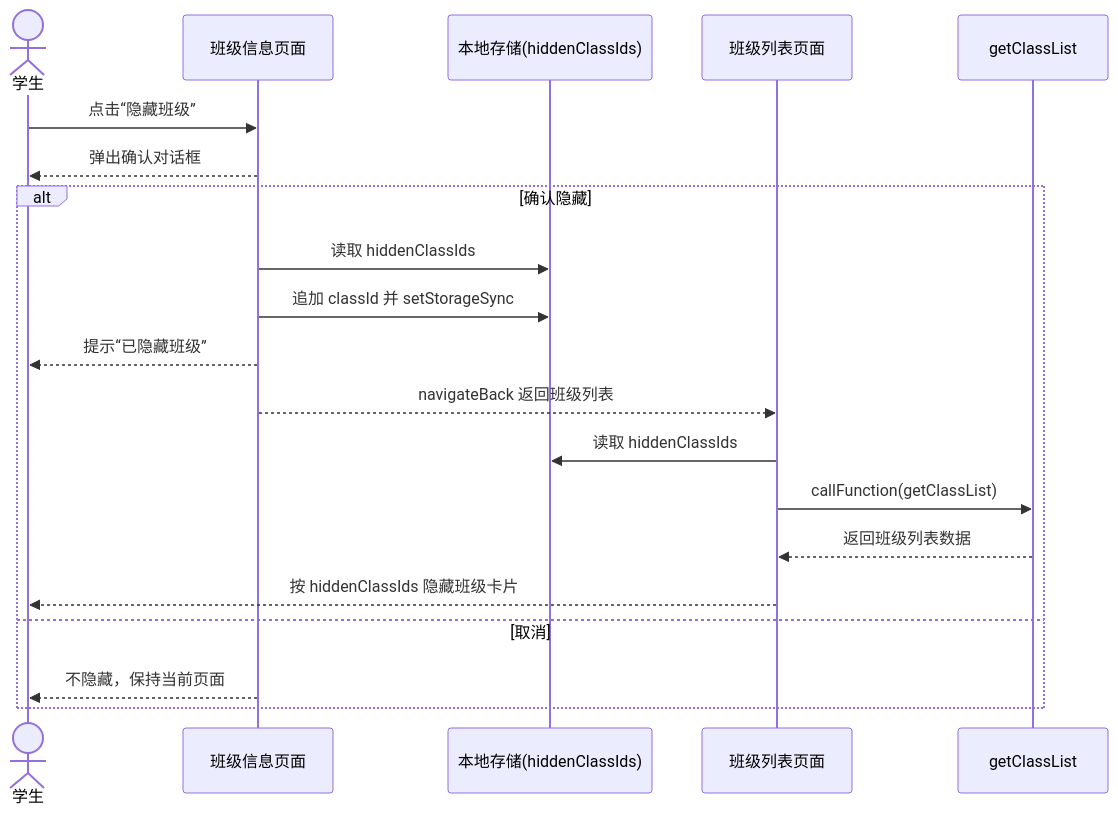
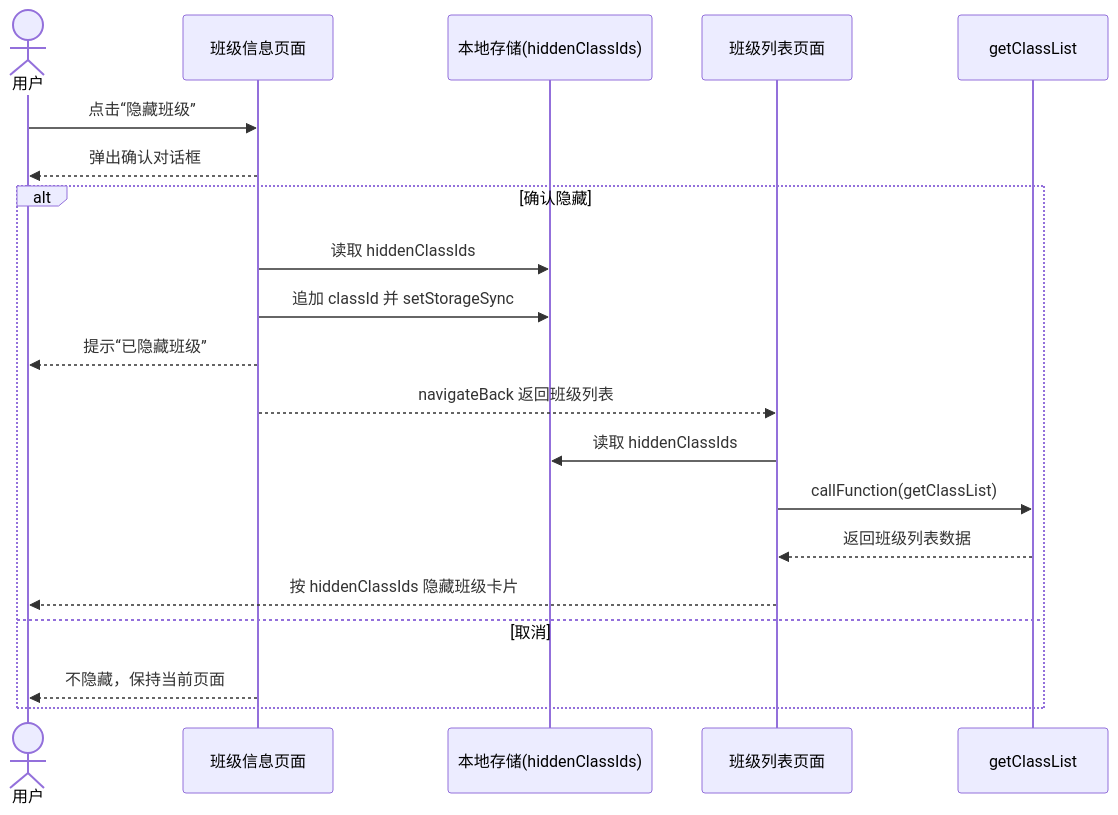
Before and after one commit to hanohano111/ClassInformationManagementSystem: the fifth of 20 diagrams in 第三章 系统需求分析.md, drawn with Mermaid. The commit also changed other lines of this file and 28 other files, not shown here.

````diff
--- a/第三章 系统需求分析.md
+++ b/第三章 系统需求分析.md
@@ -363,23 +216,23 @@
 ```mermaid
 sequenceDiagram
-    actor 学生
+    actor 用户
     participant 信息页 as 班级信息页面
     participant 存储 as 本地存储(hiddenClassIds)
     participant 列表页 as 班级列表页面
     participant 云函数 as getClassList
 
-    学生->>信息页: 点击“隐藏班级”
-    信息页-->>学生: 弹出确认对话框
+    用户->>信息页: 点击“隐藏班级”
+    信息页-->>用户: 弹出确认对话框
     alt 确认隐藏
         信息页->>存储: 读取 hiddenClassIds
         信息页->>存储: 追加 classId 并 setStorageSync
-        信息页-->>学生: 提示“已隐藏班级”
+        信息页-->>用户: 提示“已隐藏班级”
         信息页-->>列表页: navigateBack 返回班级列表
         列表页->>存储: 读取 hiddenClassIds
         列表页->>云函数: callFunction(getClassList)
         云函数-->>列表页: 返回班级列表数据
-        列表页-->>学生: 按 hiddenClassIds 隐藏班级卡片
+        列表页-->>用户: 按 hiddenClassIds 隐藏班级卡片
     else 取消
-        信息页-->>学生: 不隐藏，保持当前页面
+        信息页-->>用户: 不隐藏，保持当前页面
     end
 ```
````
